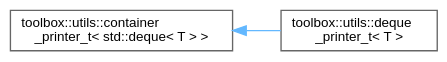
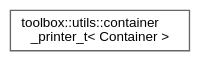
The diagram in inherit_graph_152.dot (nerdneilsfield/cpp-toolbox), drawn with Graphviz before and after one commit. The commit also changed 250 other files, not shown here.

```diff
--- a/inherit_graph_152.dot
+++ b/inherit_graph_152.dot
@@ -1,11 +1,9 @@
 digraph "Graphical Class Hierarchy"
 {
  // LATEX_PDF_SIZE
   bgcolor="transparent";
   edge [fontname=Helvetica,fontsize=10,labelfontname=Helvetica,labelfontsize=10];
   node [fontname=Helvetica,fontsize=10,shape=box,height=0.2,width=0.4];
   rankdir="LR";
-  Node0 [id="Node000000",label="toolbox::utils::container\l_printer_t\< std::deque\< T \> \>",height=0.2,width=0.4,color="grey40", fillcolor="white", style="filled",URL="$classtoolbox_1_1utils_1_1container__printer__t.html",tooltip=" "];
-  Node0 -> Node1 [id="edge108_Node000000_Node000001",dir="back",color="steelblue1",style="solid",tooltip=" "];
-  Node1 [id="Node000001",label="toolbox::utils::deque\l_printer_t\< T \>",height=0.2,width=0.4,color="grey40", fillcolor="white", style="filled",URL="$classtoolbox_1_1utils_1_1deque__printer__t.html",tooltip="Deque 打印器/Deque printer."];
+  Node0 [id="Node000000",label="toolbox::utils::container\l_printer_t\< Container \>",height=0.2,width=0.4,color="grey40", fillcolor="white", style="filled",URL="$classtoolbox_1_1utils_1_1container__printer__t.html",tooltip="通用容器打印器基类/Generic container printer base class"];
 }
```
